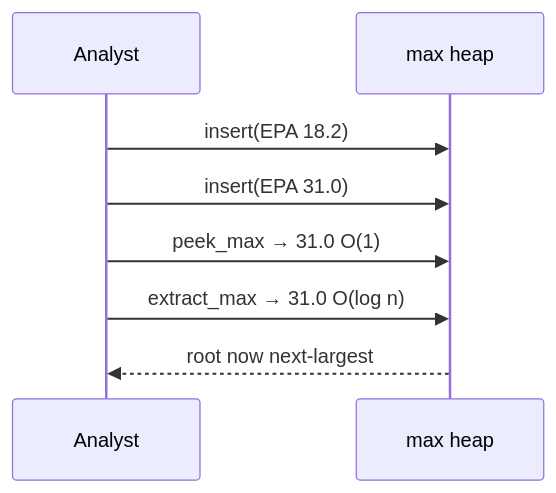
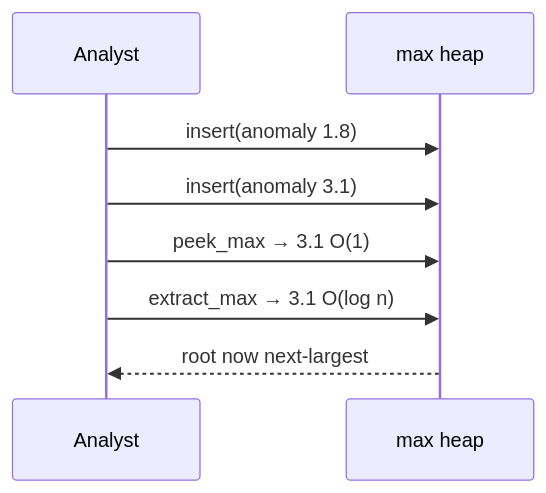
One commit to qgjones9/python-programming-guide changed the second of 8 diagrams in docs/dsa/data-structures/max-heap/index.md. Above: the diagram before and after it, drawn with Mermaid. The commit also changed other lines of this file and 29 other files, not shown here.

````diff
--- a/docs/dsa/data-structures/max-heap/index.md
+++ b/docs/dsa/data-structures/max-heap/index.md
@@ -60,10 +60,10 @@
 ```mermaid
 sequenceDiagram
   participant Analyst
   participant H as max heap
-  Analyst->>H: insert(EPA 18.2)
-  Analyst->>H: insert(EPA 31.0)
-  Analyst->>H: peek_max → 31.0 O(1)
-  Analyst->>H: extract_max → 31.0 O(log n)
+  Analyst->>H: insert(anomaly 1.8)
+  Analyst->>H: insert(anomaly 3.1)
+  Analyst->>H: peek_max → 3.1 O(1)
+  Analyst->>H: extract_max → 3.1 O(log n)
   H-->>Analyst: root now next-largest
 ```
````
